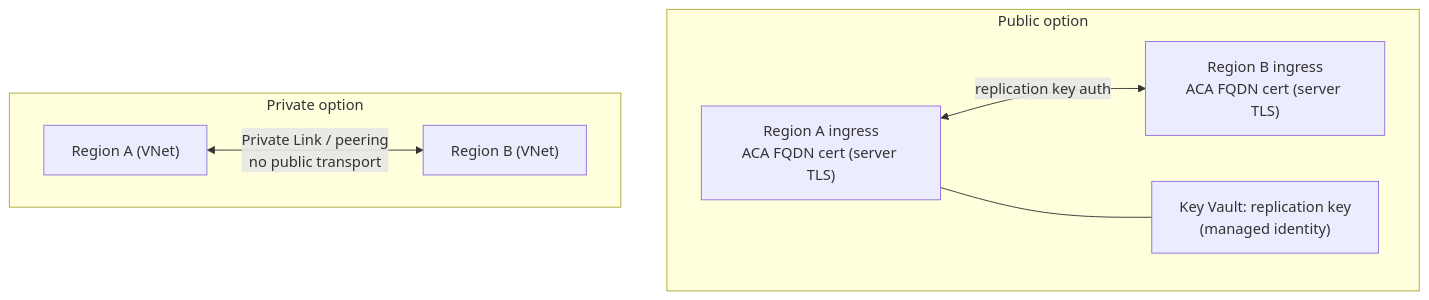
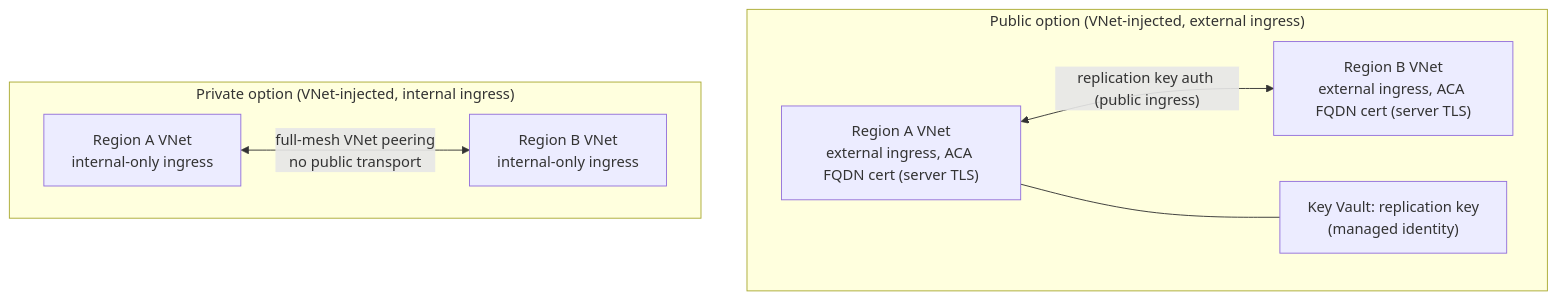
One commit to NSTA1/Orleans.Lattice changed the fifth of 7 diagrams in reference-architecture.md. Above: the diagram before and after it, drawn with Mermaid. The commit also changed other lines of this file and 1 other file, not shown here.

First line of the commit message:
docs(reference-architecture): correct network-model and package-version drift

````diff
--- a/reference-architecture.md
+++ b/reference-architecture.md
@@ -316,15 +326,15 @@
 ```mermaid
 flowchart TB
-    subgraph Public["Public option"]
-        PA["Region A ingress<br/>ACA FQDN cert (server TLS)"]
-        PB["Region B ingress<br/>ACA FQDN cert (server TLS)"]
-        PA <-->|"replication key auth"| PB
+    subgraph Public["Public option (VNet-injected, external ingress)"]
+        PA["Region A VNet<br/>external ingress, ACA FQDN cert (server TLS)"]
+        PB["Region B VNet<br/>external ingress, ACA FQDN cert (server TLS)"]
+        PA <-->|"replication key auth (public ingress)"| PB
         PKV["Key Vault: replication key<br/>(managed identity)"]
         PA --- PKV
     end
-    subgraph Private["Private option"]
-        VA["Region A (VNet)"]
-        VB["Region B (VNet)"]
-        VA <-->|"Private Link / peering<br/>no public transport"| VB
+    subgraph Private["Private option (VNet-injected, internal ingress)"]
+        VA["Region A VNet<br/>internal-only ingress"]
+        VB["Region B VNet<br/>internal-only ingress"]
+        VA <-->|"full-mesh VNet peering<br/>no public transport"| VB
     end
 ```
````
